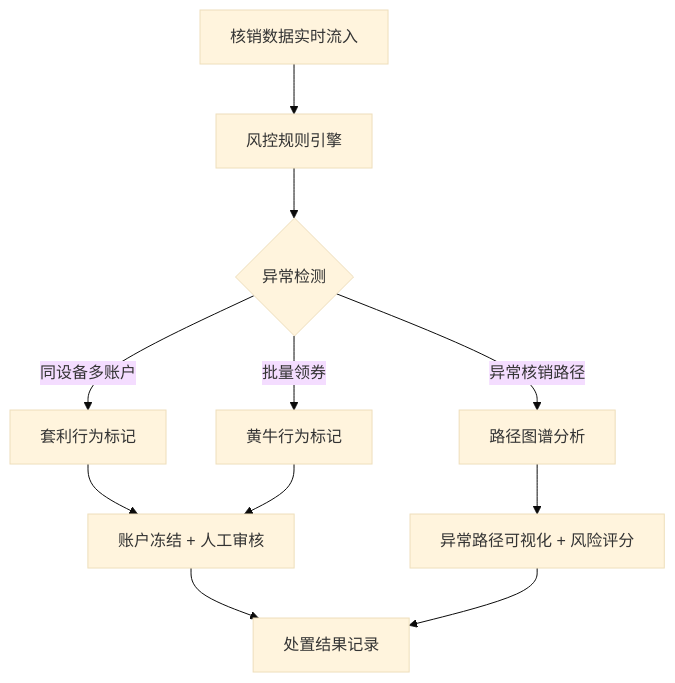
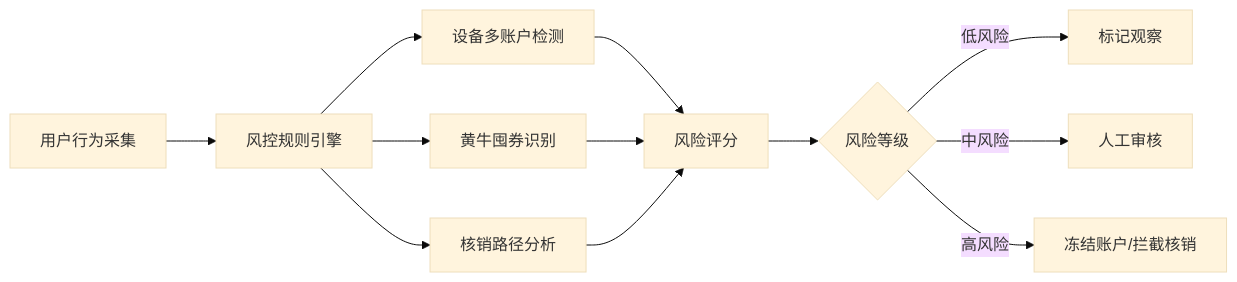
One commit to ccpen199/Trae-solo changed the second of 2 diagrams in .trae/documents/prd.md. Above: the diagram before and after it, drawn with Mermaid (base theme). The commit also changed other lines of this file and 240 other files, not shown here.

````diff
--- a/.trae/documents/prd.md
+++ b/.trae/documents/prd.md
@@ -86,13 +72,14 @@
 ```mermaid
-flowchart TD
-    A["核销数据实时流入"] --> B["风控规则引擎"]
-    B --> C{"异常检测"}
-    C -->|"同设备多账户"| D["套利行为标记"]
-    C -->|"批量领券"| E["黄牛行为标记"]
-    C -->|"异常核销路径"| F["路径图谱分析"]
-    D --> G["账户冻结 + 人工审核"]
-    E --> G
-    F --> H["异常路径可视化 + 风险评分"]
-    G --> I["处置结果记录"]
-    H --> I
+flowchart LR
+    A["用户行为采集"] --> B["风控规则引擎"]
+    B --> C["设备多账户检测"]
+    B --> D["黄牛囤券识别"]
+    B --> E["核销路径分析"]
+    C --> F["风险评分"]
+    D --> F
+    E --> F
+    F --> G{风险等级}
+    G -->|低风险| H["标记观察"]
+    G -->|中风险| I["人工审核"]
+    G -->|高风险| J["冻结账户/拦截核销"]
 ```
````
